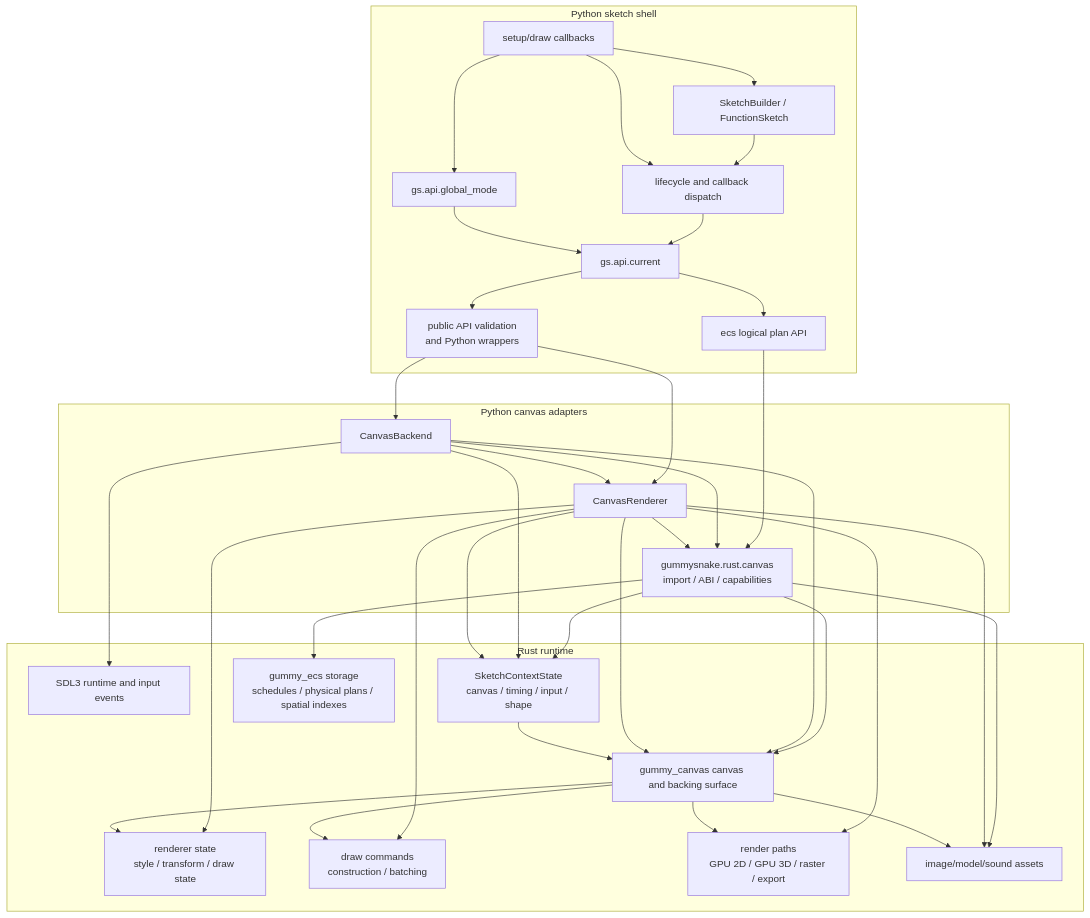
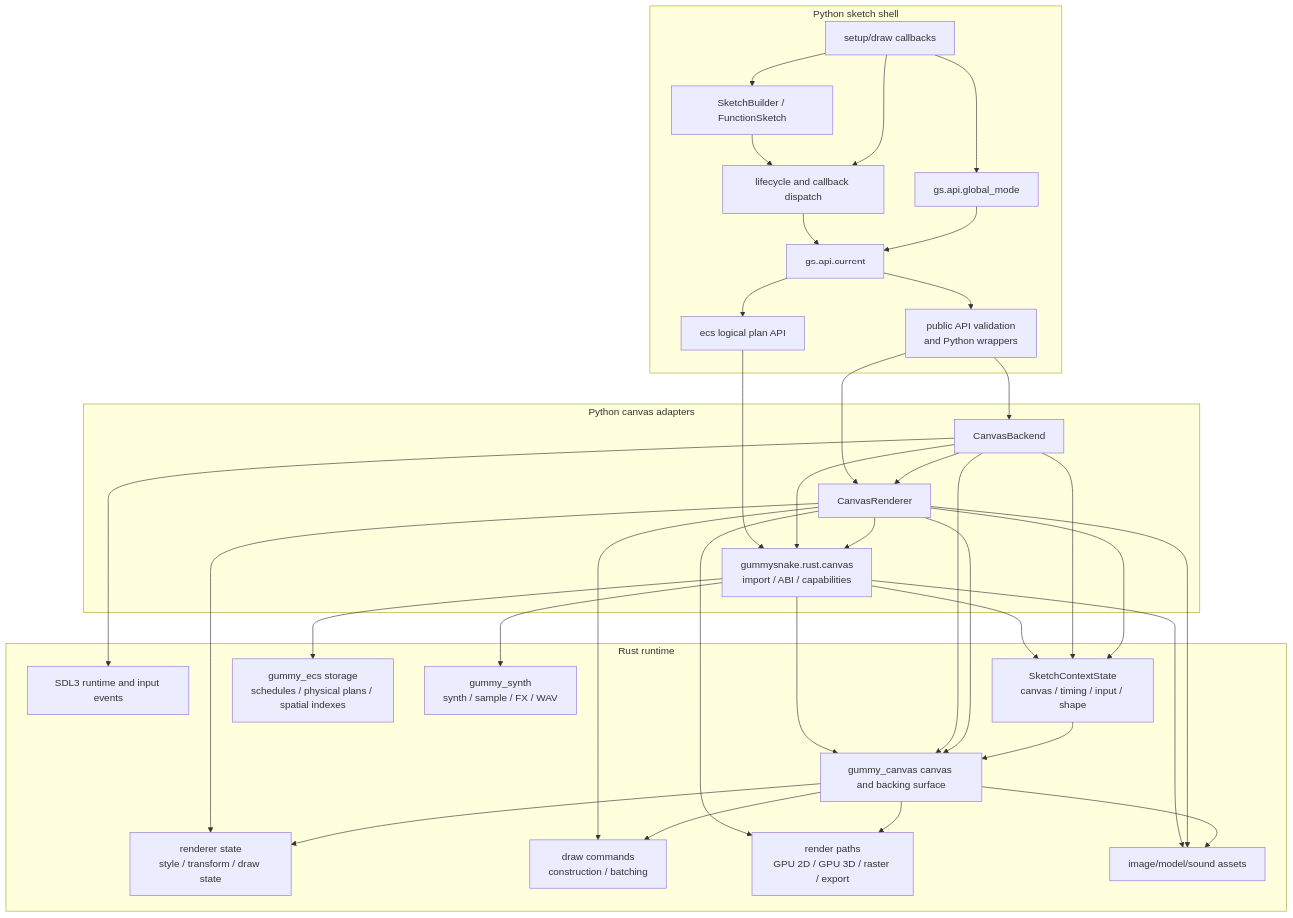
Before and after one commit to JonathanHHenson/gummy_snake: the first of 4 diagrams in docs/contribute/architecture.md, drawn with Mermaid. The commit also changed other lines of this file and 12 other files, not shown here.

````diff
--- a/docs/contribute/architecture.md
+++ b/docs/contribute/architecture.md
@@ -6,62 +6,64 @@
 ```mermaid
 flowchart TD
     subgraph Python["Python sketch shell"]
         User[setup/draw callbacks]
         Builder[SketchBuilder / FunctionSketch]
         Global[gs.api.global_mode]
         Current[gs.api.current]
         Lifecycle[lifecycle and callback dispatch]
         ApiFacade[public API validation<br/>and Python wrappers]
         EcsApi[ecs logical plan API]
     end
 
     subgraph Adapter["Python canvas adapters"]
         Backend[CanvasBackend]
         Renderer[CanvasRenderer]
         BridgeImport[gummysnake.rust.canvas<br/>import / ABI / capabilities]
     end
 
     subgraph Rust["Rust runtime"]
         Native[SDL3 runtime and input events]
         ContextState[SketchContextState<br/>canvas / timing / input / shape]
         Canvas[gummy_canvas canvas and backing surface]
         State[renderer state<br/>style / transform / draw state]
         Commands[draw commands<br/>construction / batching]
         ECS[gummy_ecs storage<br/>schedules / physical plans / spatial indexes]
+        Synth[gummy_synth<br/>synth / sample / FX / WAV]
         Rendering[render paths<br/>GPU 2D / GPU 3D / raster / export]
         Assets[image/model/sound assets]
     end
 
     User --> Builder
     Builder --> Lifecycle
     User --> Lifecycle
     Lifecycle --> Current
     User --> Global
     Global --> Current
     Current --> ApiFacade
     Current --> EcsApi
     EcsApi --> BridgeImport
     ApiFacade --> Backend
     ApiFacade --> Renderer
     Backend --> Renderer
     Backend --> BridgeImport
     Renderer --> BridgeImport
     BridgeImport --> ContextState
     BridgeImport --> Canvas
     BridgeImport --> ECS
+    BridgeImport --> Synth
     BridgeImport --> Assets
     Backend --> Native
     Backend --> ContextState
     Backend --> Canvas
     Renderer --> ContextState
     Renderer --> Canvas
     Renderer --> State
     Renderer --> Commands
     Renderer --> Rendering
     Renderer --> Assets
     ContextState --> Canvas
     Canvas --> State
     Canvas --> Commands
     Canvas --> Rendering
     Canvas --> Assets
 ```
````
